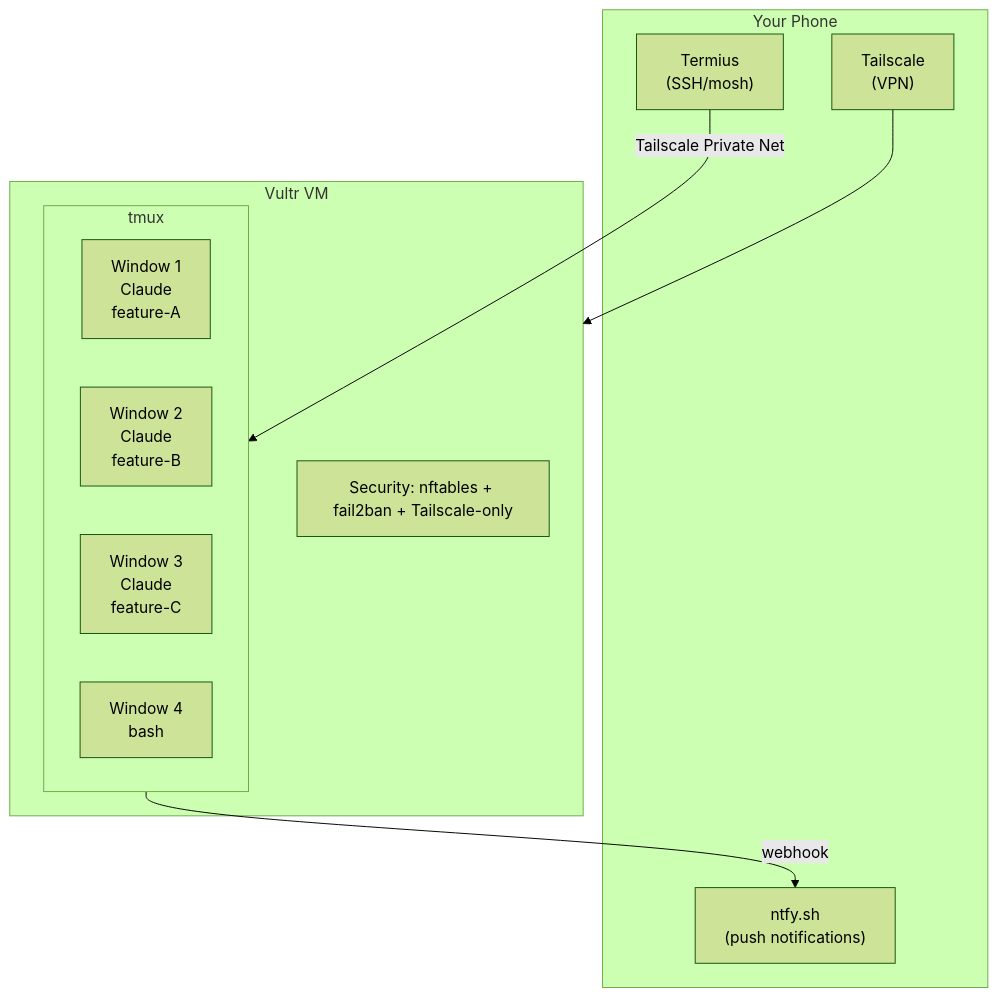
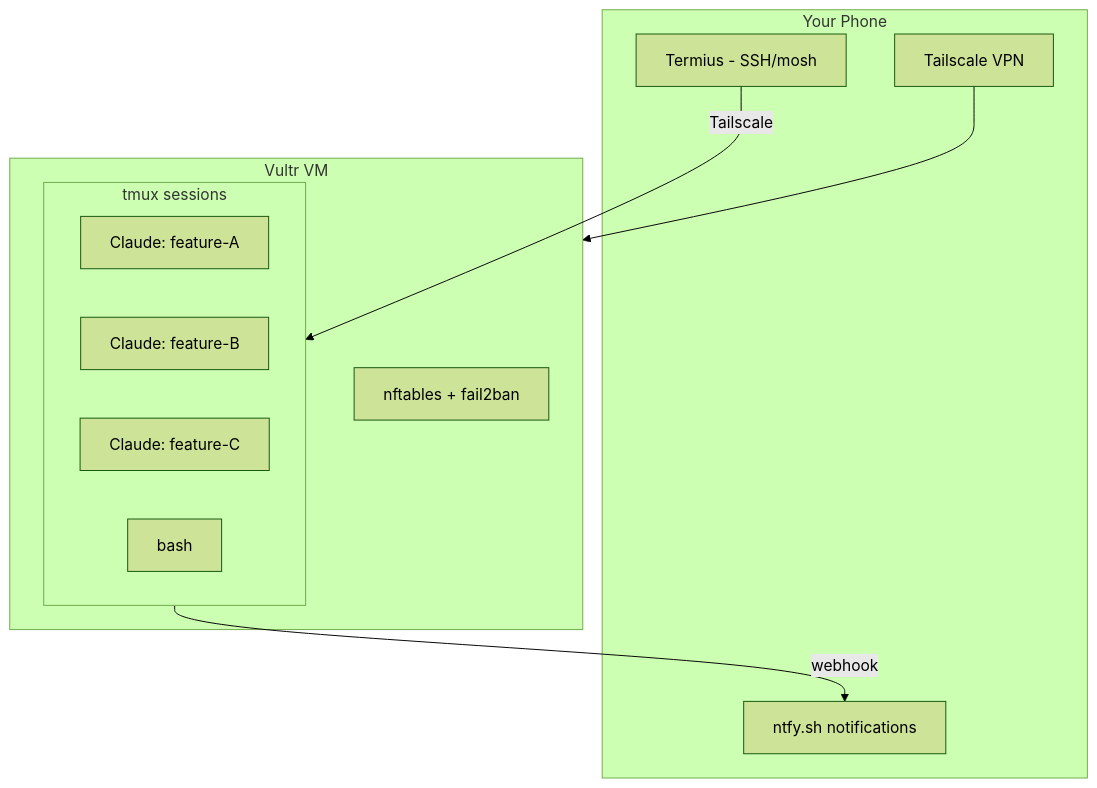
Before and after one commit to victoremnm/claude-code-mobile: the second of 2 diagrams in README.md, drawn with Mermaid (forest theme). The commit also changed other lines of this file and 2 other files, not shown here.

Commit message:
Fix Mermaid diagrams and add validation tests
Fixes:
- Removed <br/> tags from architecture diagram that caused GitHub rendering issues
- Simplified node labels for better compatibility

Added:
- tests/test-mermaid.sh: Validates Mermaid diagram syntax
  - Checks diagram type declaration
  - Validates balanced brackets, parentheses, quotes
  - Detects problematic <br/> tags
  - Verifies subgraph/end matching

Total tests: 28 (15 unit + 13 integration)

🤖 Generated with [Claude Code](https://claude.com/claude-code)

````diff
--- a/README.md
+++ b/README.md
@@ -160,22 +160,22 @@
 ```mermaid
 flowchart TB
-    subgraph Phone["Your Phone"]
-        Termius["Termius<br/>(SSH/mosh)"]
-        TSPhone["Tailscale<br/>(VPN)"]
-        ntfy["ntfy.sh<br/>(push notifications)"]
+    subgraph Phone[Your Phone]
+        Termius[Termius - SSH/mosh]
+        TSPhone[Tailscale VPN]
+        ntfy[ntfy.sh notifications]
     end
 
-    subgraph VM["Vultr VM"]
-        subgraph tmux["tmux"]
-            W1["Window 1<br/>Claude<br/>feature-A"]
-            W2["Window 2<br/>Claude<br/>feature-B"]
-            W3["Window 3<br/>Claude<br/>feature-C"]
-            W4["Window 4<br/>bash"]
+    subgraph VM[Vultr VM]
+        subgraph tmux[tmux sessions]
+            W1[Claude: feature-A]
+            W2[Claude: feature-B]
+            W3[Claude: feature-C]
+            W4[bash]
         end
-        Security["Security: nftables + fail2ban + Tailscale-only"]
+        Security[nftables + fail2ban]
     end
 
-    Termius -->|"Tailscale Private Net"| tmux
+    Termius -->|Tailscale| tmux
     TSPhone --> VM
     tmux -->|webhook| ntfy
 ```
````
